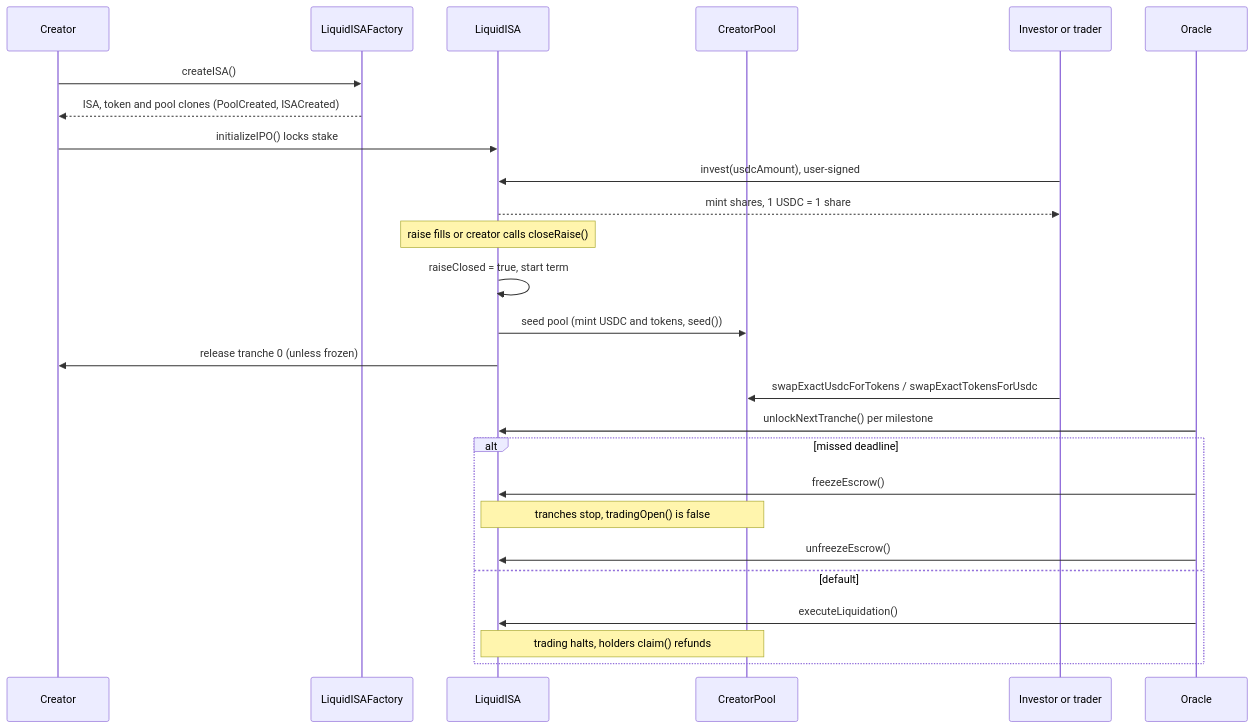
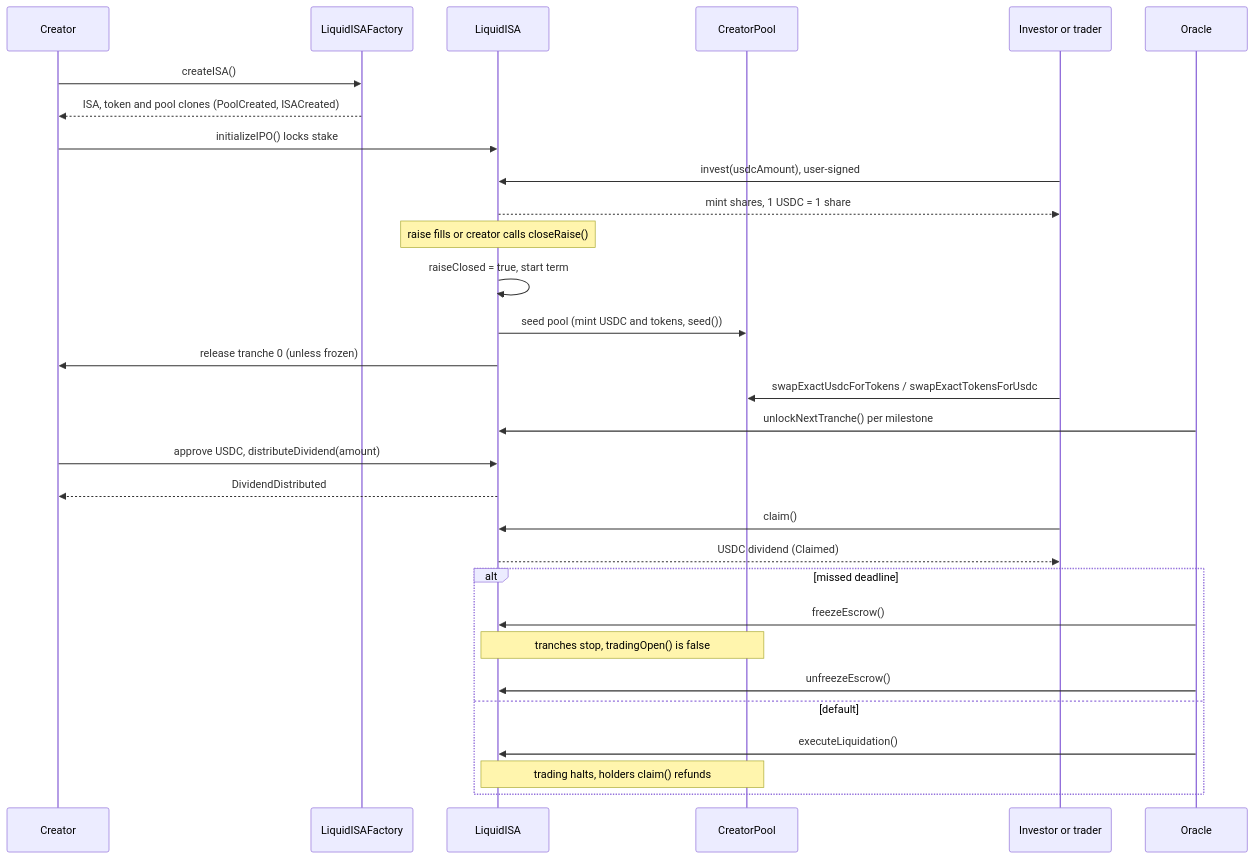
Before and after one commit to predatorx7/stakeme-ex: the second of 2 diagrams in docs/contracts.md, drawn with Mermaid. The commit also changed other lines of this file and 14 other files, not shown here.

Commit message:
Update docs for USDC dividend claims, low-month approvals and the stake rule

````diff
--- a/docs/contracts.md
+++ b/docs/contracts.md
@@ -73,28 +73,32 @@
 ```mermaid
 sequenceDiagram
 	participant C as Creator
 	participant F as LiquidISAFactory
 	participant I as LiquidISA
 	participant P as CreatorPool
 	participant V as Investor or trader
 	participant O as Oracle
 	C->>F: createISA()
 	F-->>C: ISA, token and pool clones (PoolCreated, ISACreated)
 	C->>I: initializeIPO() locks stake
 	V->>I: invest(usdcAmount), user-signed
 	I-->>V: mint shares, 1 USDC = 1 share
 	Note over I: raise fills or creator calls closeRaise()
 	I->>I: raiseClosed = true, start term
 	I->>P: seed pool (mint USDC and tokens, seed())
 	I->>C: release tranche 0 (unless frozen)
 	V->>P: swapExactUsdcForTokens / swapExactTokensForUsdc
 	O->>I: unlockNextTranche() per milestone
+	C->>I: approve USDC, distributeDividend(amount)
+	I-->>C: DividendDistributed
+	V->>I: claim()
+	I-->>V: USDC dividend (Claimed)
 	alt missed deadline
 		O->>I: freezeEscrow()
 		Note over I,P: tranches stop, tradingOpen() is false
 		O->>I: unfreezeEscrow()
 	else default
 		O->>I: executeLiquidation()
 		Note over I,P: trading halts, holders claim() refunds
 	end
 ```
````
